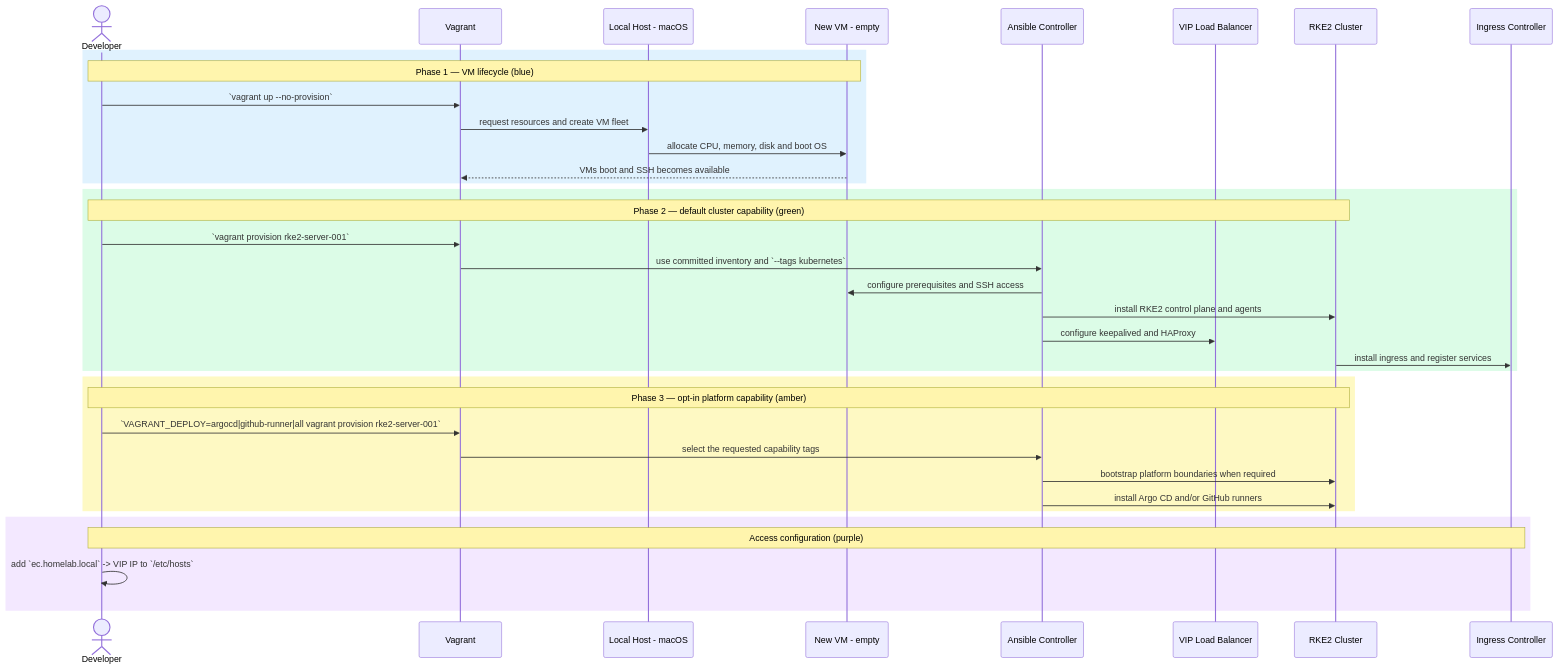
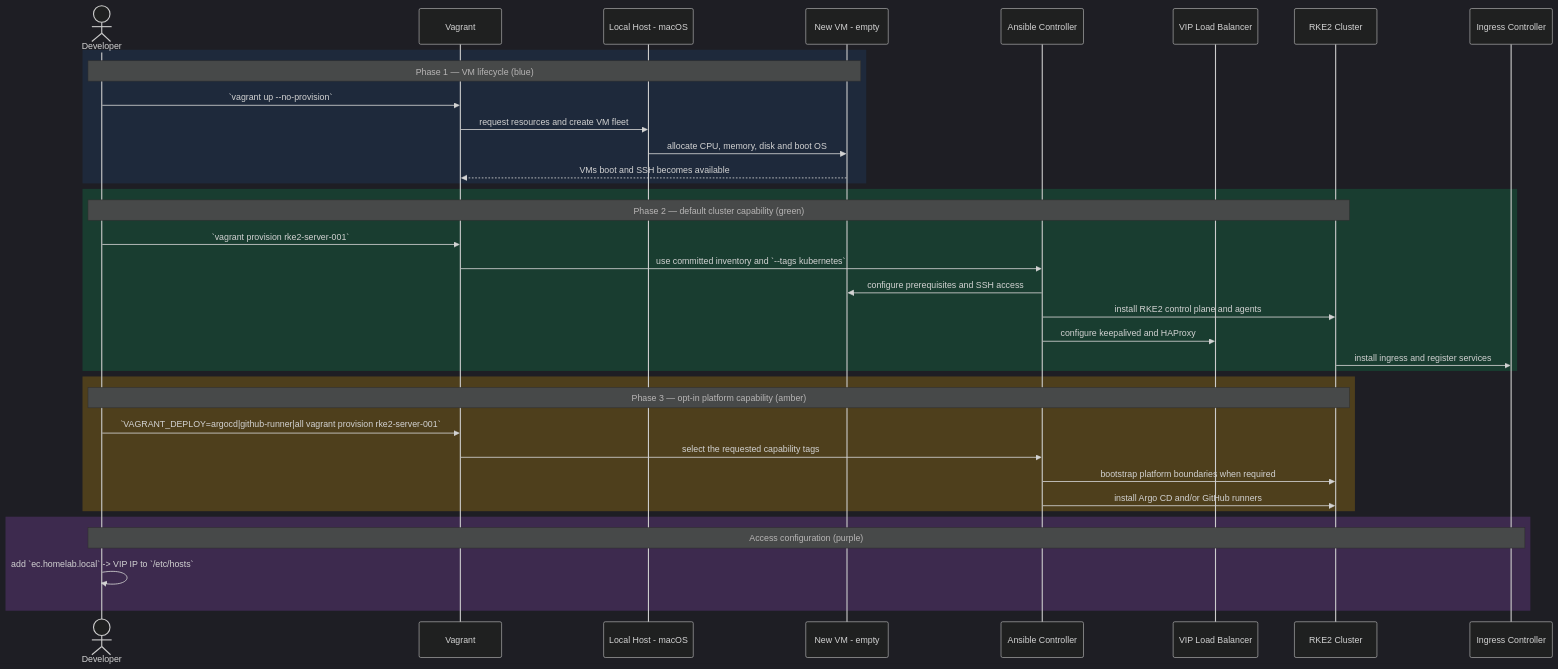
Before and after one commit to devops-framework/iac-vagrant-k8s-cluster-local: the second of 2 diagrams in README.md, drawn with Mermaid.

Commit message:
docs: soften README sequence colors (#48)
Switch the README sequence diagram to a dark Mermaid palette while preserving its infrastructure flow.

````diff
--- a/README.md
+++ b/README.md
@@ -92,42 +92,43 @@
 ```mermaid
+%%{init: {"theme": "dark"}}%%
 sequenceDiagram
   actor Dev as Developer
   participant Vagrant as Vagrant
   participant Host as Local Host - macOS
   participant VM as New VM - empty
   participant Ansible as Ansible Controller
   participant VIP as VIP Load Balancer
   participant Cluster as RKE2 Cluster
   participant Ingress as Ingress Controller
 
-  rect rgb(224, 242, 254)
+  rect rgb(30, 41, 59)
     Note over Dev,VM: Phase 1 — VM lifecycle (blue)
     Dev->>Vagrant: `vagrant up --no-provision`
     Vagrant->>Host: request resources and create VM fleet
     Host->>VM: allocate CPU, memory, disk and boot OS
     VM-->>Vagrant: VMs boot and SSH becomes available
   end
 
-  rect rgb(220, 252, 231)
+  rect rgb(25, 61, 48)
     Note over Dev,Cluster: Phase 2 — default cluster capability (green)
     Dev->>Vagrant: `vagrant provision rke2-server-001`
     Vagrant->>Ansible: use committed inventory and `--tags kubernetes`
     Ansible->>VM: configure prerequisites and SSH access
     Ansible->>Cluster: install RKE2 control plane and agents
     Ansible->>VIP: configure keepalived and HAProxy
     Cluster->>Ingress: install ingress and register services
   end
 
-  rect rgb(254, 249, 195)
+  rect rgb(78, 63, 28)
     Note over Dev,Cluster: Phase 3 — opt-in platform capability (amber)
     Dev->>Vagrant: `VAGRANT_DEPLOY=argocd|github-runner|all vagrant provision rke2-server-001`
     Vagrant->>Ansible: select the requested capability tags
     Ansible->>Cluster: bootstrap platform boundaries when required
     Ansible->>Cluster: install Argo CD and/or GitHub runners
   end
 
-  rect rgb(243, 232, 255)
+  rect rgb(61, 42, 78)
     Note over Dev,Ingress: Access configuration (purple)
     Dev->>Dev: add `ec.homelab.local` -> VIP IP to `/etc/hosts`
   end
 ```
````
